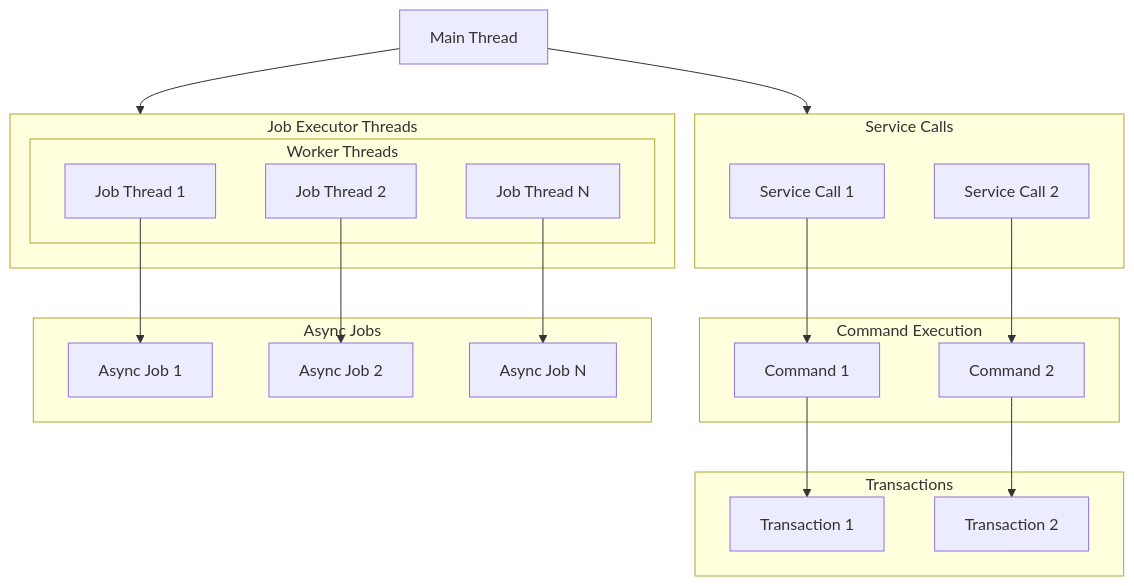
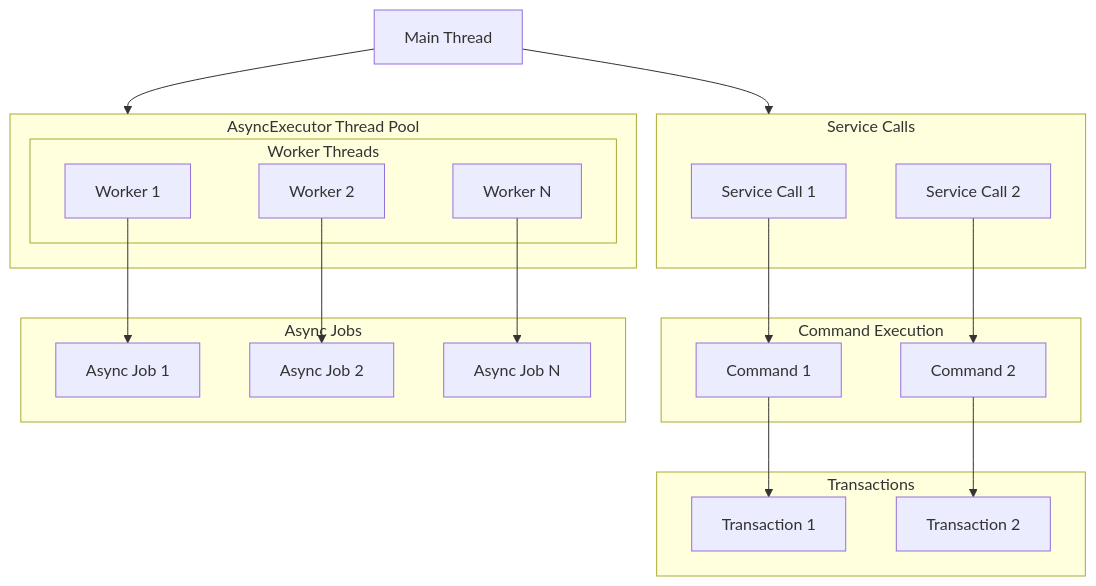
Before and after one commit to CaptainGlac1er/activiti-documentation: the sixth of 6 diagrams in docs/architecture/overview.md, drawn with Mermaid. The commit also changed other lines of this file, not shown here.

````diff
--- a/docs/architecture/overview.md
+++ b/docs/architecture/overview.md
@@ -643,43 +719,43 @@
 ```mermaid
 flowchart TD
     Main["Main Thread"]
-    
+
     subgraph ServiceCalls["Service Calls"]
         Service1["Service Call 1"]
         Service2["Service Call 2"]
     end
-    
+
     subgraph CommandExecution["Command Execution"]
         Cmd1["Command 1"]
         Cmd2["Command 2"]
     end
-    
+
     subgraph Transactions["Transactions"]
         Tx1["Transaction 1"]
         Tx2["Transaction 2"]
     end
-    
-    subgraph JobExecutor["Job Executor Threads"]
-        subgraph JobThreads["Worker Threads"]
-            Job1["Job Thread 1"]
-            Job2["Job Thread 2"]
-            JobN["Job Thread N"]
+
+    subgraph AsyncExecutor["AsyncExecutor Thread Pool"]
+        subgraph WorkerThreads["Worker Threads"]
+            W1["Worker 1"]
+            W2["Worker 2"]
+            WN["Worker N"]
         end
     end
-    
+
     subgraph AsyncJobs["Async Jobs"]
-        Async1["Async Job 1"]
-        Async2["Async Job 2"]
-        AsyncN["Async Job N"]
+        Job1["Async Job 1"]
+        Job2["Async Job 2"]
+        JobN["Async Job N"]
     end
-    
+
     Main --> ServiceCalls
     Service1 --> Cmd1
     Service2 --> Cmd2
     Cmd1 --> Tx1
     Cmd2 --> Tx2
-    Main --> JobExecutor
-    Job1 --> Async1
-    Job2 --> Async2
-    JobN --> AsyncN
+    Main --> AsyncExecutor
+    W1 --> Job1
+    W2 --> Job2
+    WN --> JobN
 ```
````
